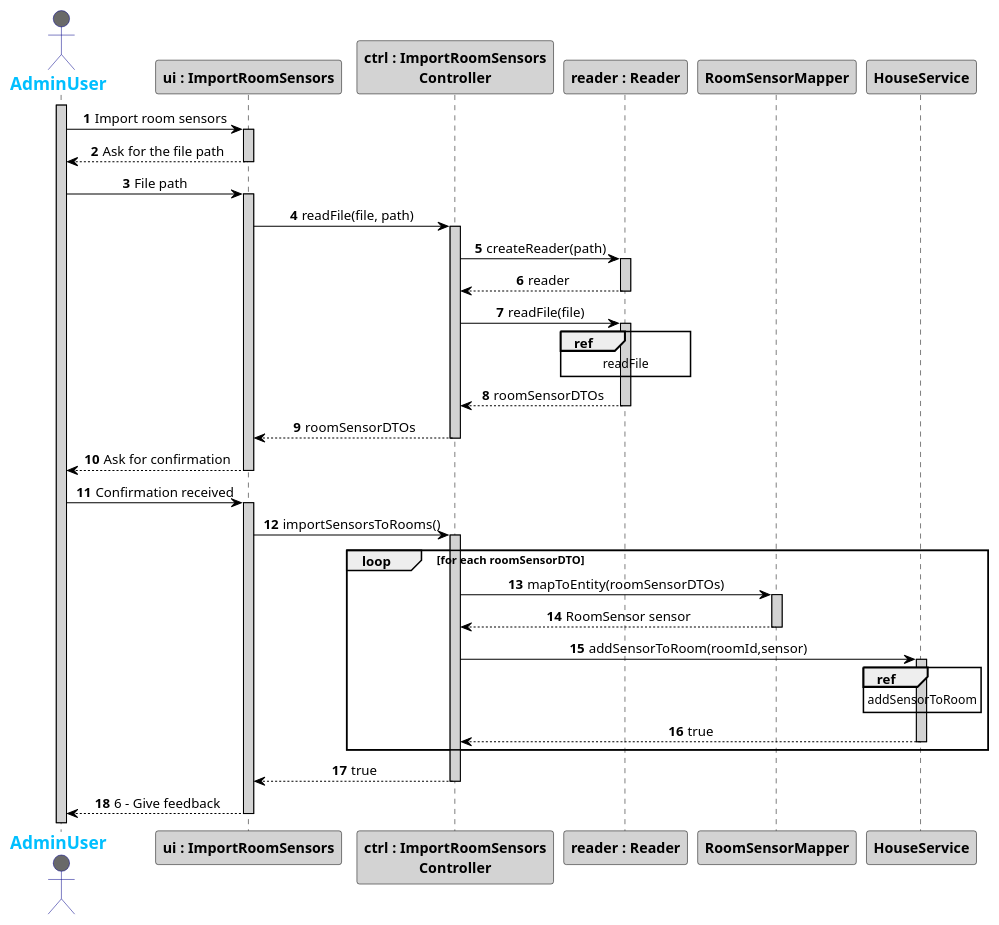
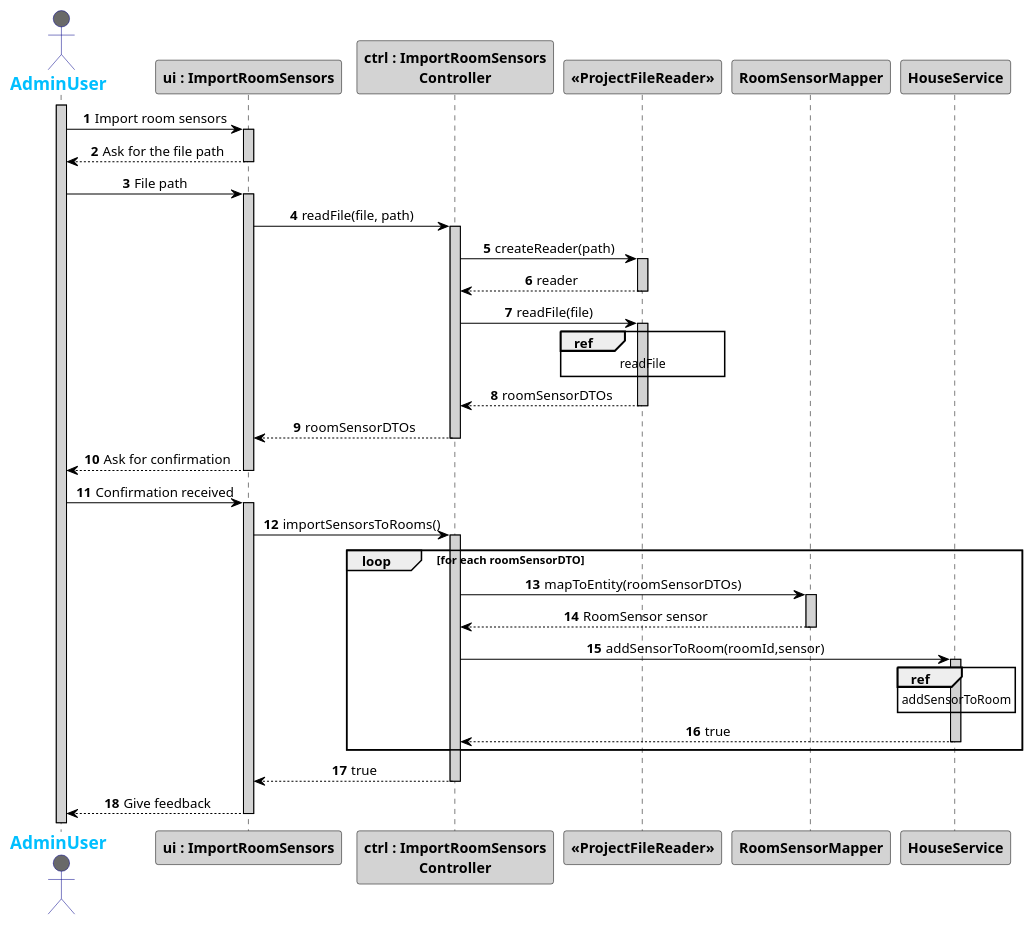
Before and after one commit to 1181687/hateoasToy: the diagram in src/main/java/pt/ipp/isep/dei/project/controllers/importroomsensors/SD_ImportRoomSensors.puml, drawn with PlantUML. The commit also changed 2 other files, not shown here.

Commit message:
Formatting changes to Sequence Diagrams

```diff
--- a/src/main/java/pt/ipp/isep/dei/project/controllers/importroomsensors/SD_ImportRoomSensors.puml
+++ b/src/main/java/pt/ipp/isep/dei/project/controllers/importroomsensors/SD_ImportRoomSensors.puml
@@ -1,70 +1,70 @@
 @startuml
 autonumber
 skinparam sequenceMessageAlign center
 skinparam sequence {
 	ArrowColor Black
 	ActorBorderColor DarkBlue
 	LifeLineBorderColor black
 	LifeLineBackgroundColor LightGrey
 
 	ParticipantBorderColor Black
 	ParticipantBackgroundColor LightGrey
 	ParticipantFontStyle Bold
 
 	ActorBackgroundColor DimGrey
 	ActorFontColor DeepSkyBlue
 	ActorFontStyle Bold
 	ActorFontSize 17
 	ActorFontName Aapex
 }
 
 autonumber
 actor AdminUser
 activate AdminUser
 actor AdminUser
 
 AdminUser -> "ui : ImportRoomSensors": Import room sensors
 activate "ui : ImportRoomSensors"
 "ui : ImportRoomSensors" --> AdminUser: Ask for the file path
 deactivate "ui : ImportRoomSensors"
 AdminUser -> "ui : ImportRoomSensors": File path
 activate "ui : ImportRoomSensors"
 "ui : ImportRoomSensors" -> "ctrl : ImportRoomSensors\nController": readFile(file, path)
 activate "ctrl : ImportRoomSensors\nController"
-"ctrl : ImportRoomSensors\nController" -> "reader : Reader": createReader(path)
-activate "reader : Reader"
-"reader : Reader" --> "ctrl : ImportRoomSensors\nController": reader
-deactivate "reader : Reader"
-"ctrl : ImportRoomSensors\nController" -> "reader : Reader": readFile(file)
-activate "reader : Reader"
-ref over "reader : Reader"
+"ctrl : ImportRoomSensors\nController" -> "<<ProjectFileReader>>":  createReader(path)
+activate "<<ProjectFileReader>>"
+"<<ProjectFileReader>>"  --> "ctrl : ImportRoomSensors\nController": reader
+deactivate "<<ProjectFileReader>>"
+"ctrl : ImportRoomSensors\nController" -> "<<ProjectFileReader>>" : readFile(file)
+activate "<<ProjectFileReader>>"
+ref over "<<ProjectFileReader>>"
 readFile
 end
-"reader : Reader" --> "ctrl : ImportRoomSensors\nController": roomSensorDTOs
-deactivate "reader : Reader"
+"<<ProjectFileReader>>"  --> "ctrl : ImportRoomSensors\nController": roomSensorDTOs
+deactivate "<<ProjectFileReader>>"
 "ctrl : ImportRoomSensors\nController" --> "ui : ImportRoomSensors": roomSensorDTOs
 deactivate "ctrl : ImportRoomSensors\nController"
 "ui : ImportRoomSensors" --> AdminUser: Ask for confirmation
 deactivate "ui : ImportRoomSensors"
 AdminUser -> "ui : ImportRoomSensors": Confirmation received
 activate "ui : ImportRoomSensors"
 "ui : ImportRoomSensors" -> "ctrl : ImportRoomSensors\nController": importSensorsToRooms()
 activate "ctrl : ImportRoomSensors\nController"
 loop for each roomSensorDTO
 "ctrl : ImportRoomSensors\nController" -> RoomSensorMapper: mapToEntity(roomSensorDTOs)
 activate RoomSensorMapper
 RoomSensorMapper --> "ctrl : ImportRoomSensors\nController": RoomSensor sensor
 deactivate RoomSensorMapper
 "ctrl : ImportRoomSensors\nController" -> "HouseService": addSensorToRoom(roomId,sensor)
 activate HouseService
 ref over HouseService
 addSensorToRoom
 end
 "HouseService" --> "ctrl : ImportRoomSensors\nController": true
 deactivate HouseService
 end loop
 "ctrl : ImportRoomSensors\nController" --> "ui : ImportRoomSensors": true
 deactivate "ctrl : ImportRoomSensors\nController"
-"ui : ImportRoomSensors" --> AdminUser: 6 - Give feedback
+"ui : ImportRoomSensors" --> AdminUser: Give feedback
 deactivate "ui : ImportRoomSensors"
 @enduml
```
